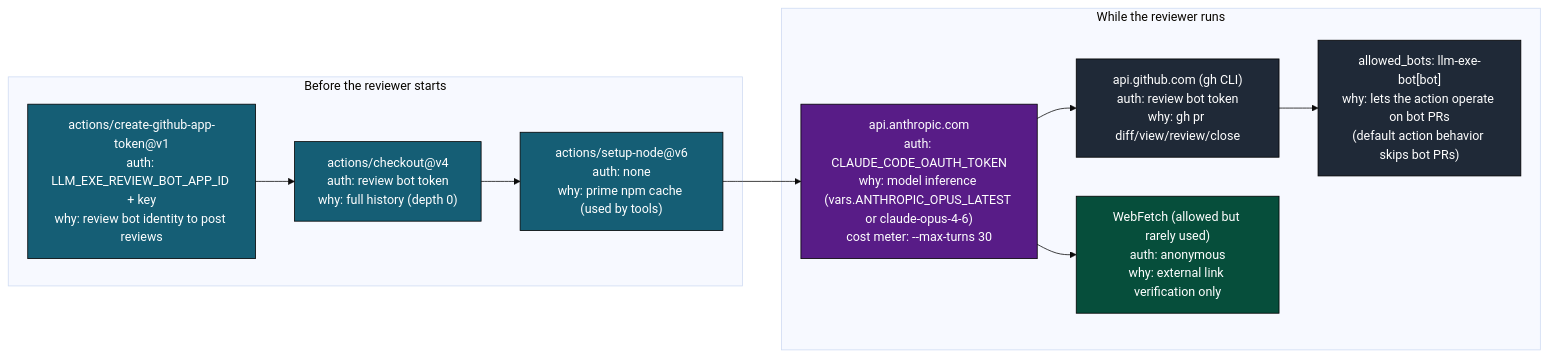
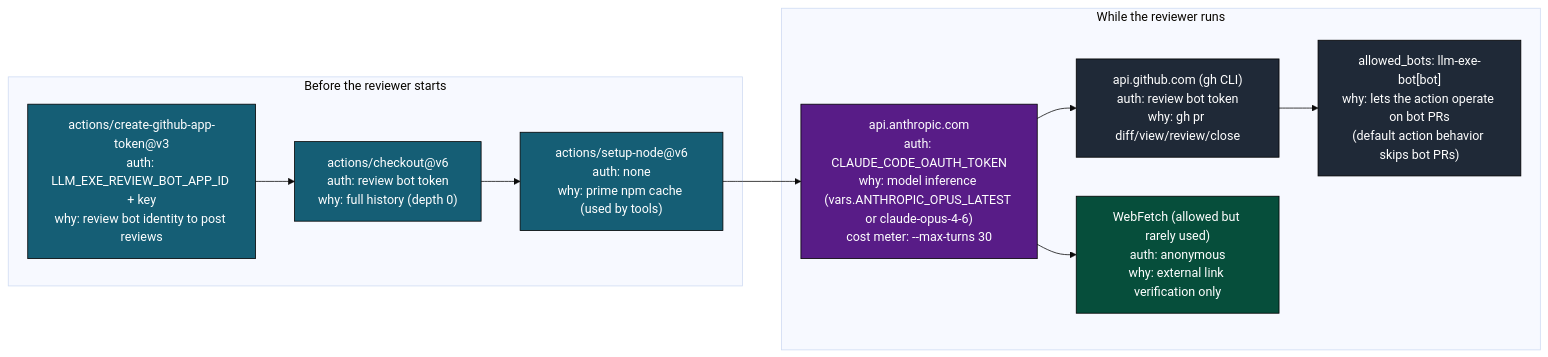
Before and after one commit to llm-exe/llm-exe: the seventh of 12 diagrams in .github/docs/AGENT_REVIEW_PR_DEEP_DIVE.md, drawn with Mermaid (base theme). The commit also changed other lines of this file and 19 other files, not shown here.

First line of the commit message:
Update GitHub Actions to use latest versions of create-github-app-token and checkout actions

````diff
--- a/.github/docs/AGENT_REVIEW_PR_DEEP_DIVE.md
+++ b/.github/docs/AGENT_REVIEW_PR_DEEP_DIVE.md
@@ -358,27 +358,27 @@
 ```mermaid
 flowchart LR
     classDef pre fill:#155e75,color:#fff,stroke:#000
     classDef llm fill:#581c87,color:#fff,stroke:#000
     classDef gh fill:#1f2937,color:#fff,stroke:#000
     classDef web fill:#064e3b,color:#fff,stroke:#000
 
     subgraph Pre["Before the reviewer starts"]
-        c1["actions/create-github-app-token@v1\nauth: LLM_EXE_REVIEW_BOT_APP_ID + key\nwhy: review bot identity to post reviews"]:::pre
-        c2["actions/checkout@v4\nauth: review bot token\nwhy: full history (depth 0)"]:::pre
+        c1["actions/create-github-app-token@v3\nauth: LLM_EXE_REVIEW_BOT_APP_ID + key\nwhy: review bot identity to post reviews"]:::pre
+        c2["actions/checkout@v6\nauth: review bot token\nwhy: full history (depth 0)"]:::pre
         c3["actions/setup-node@v6\nauth: none\nwhy: prime npm cache (used by tools)"]:::pre
     end
 
     subgraph During["While the reviewer runs"]
         d1["api.anthropic.com\nauth: CLAUDE_CODE_OAUTH_TOKEN\nwhy: model inference (vars.ANTHROPIC_OPUS_LATEST or claude-opus-4-6)\ncost meter: --max-turns 30"]:::llm
         d2["api.github.com (gh CLI)\nauth: review bot token\nwhy: gh pr diff/view/review/close"]:::gh
         d3["allowed_bots: llm-exe-bot[bot]\nwhy: lets the action operate on bot PRs\n(default action behavior skips bot PRs)"]:::gh
         d4["WebFetch (allowed but rarely used)\nauth: anonymous\nwhy: external link verification only"]:::web
     end
 
     c1 --> c2
     c2 --> c3
     c3 --> d1
     d1 --> d2
     d2 --> d3
     d1 --> d4
 ```
````
